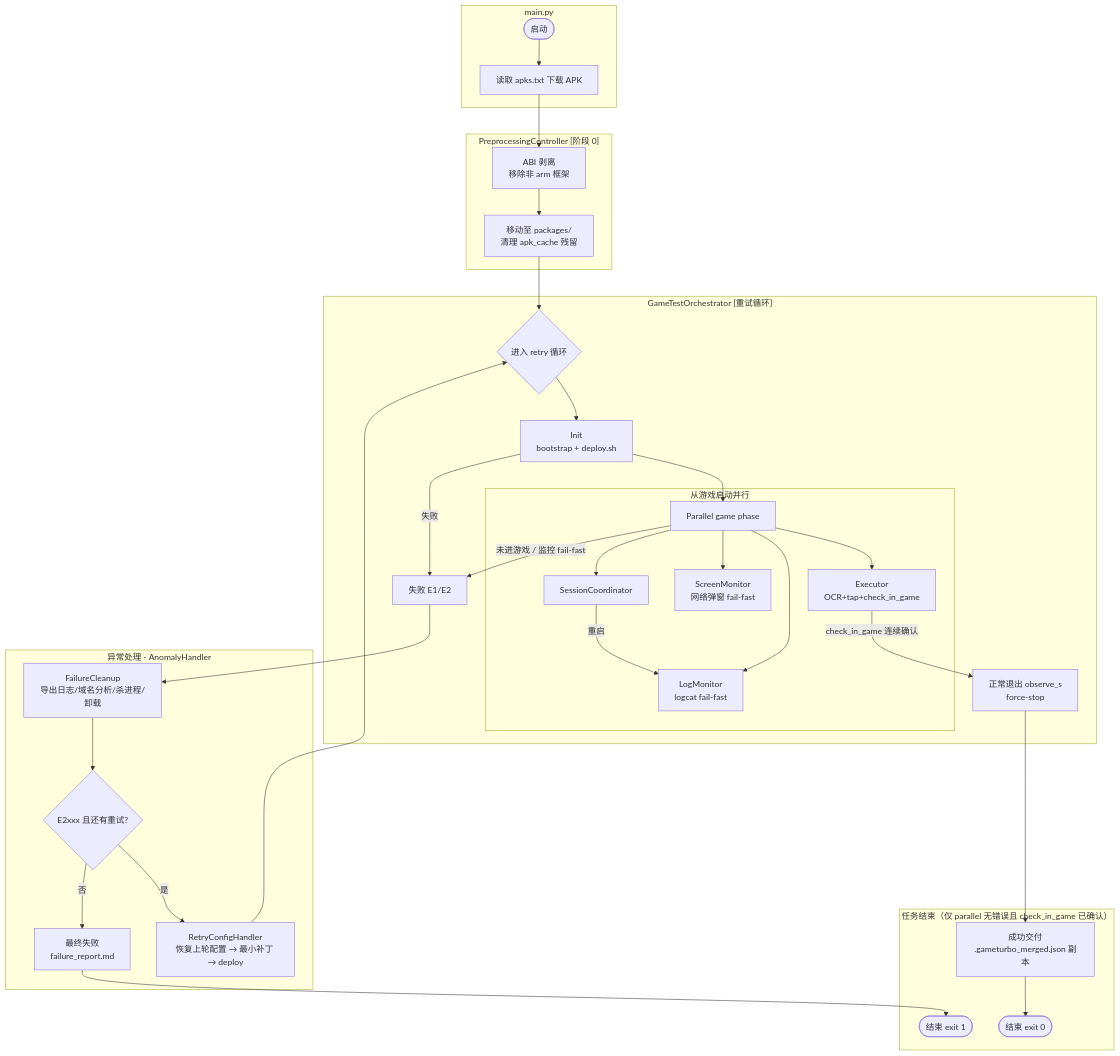
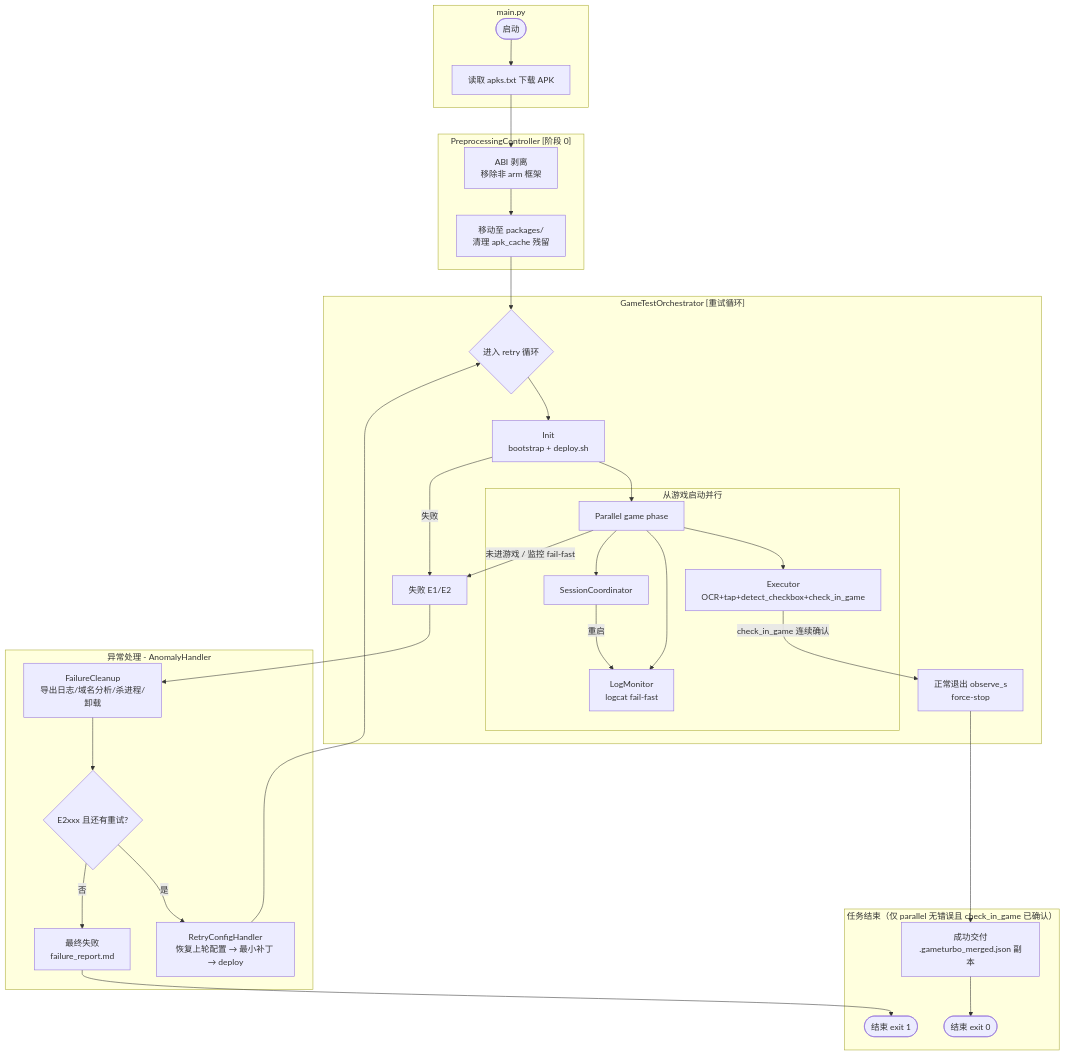
One commit to WartDipara/ai-test-workflow changed the first of 2 diagrams in README.md. Above: the diagram before and after it, drawn with Mermaid. The commit also changed other lines of this file and 30 other files, not shown here.

````diff
--- a/README.md
+++ b/README.md
@@ -21,44 +21,43 @@
 ```mermaid
 graph TD
   subgraph "main.py"
     START([启动]) --> PREPROCESSING
   end
 
   subgraph "PreprocessingController [阶段 0]"
     PREPROCESSING[读取 apks.txt 下载 APK]
     PREPROCESSING --> STRIP[ABI 剥离<br/>移除非 arm 框架]
     STRIP --> MOVE[移动至 packages/<br/>清理 apk_cache 残留]
   end
 
   subgraph "GameTestOrchestrator [重试循环]"
     MOVE --> RETRY_LOOP{进入 retry 循环}
     RETRY_LOOP --> INIT[Init<br/>bootstrap + deploy.sh]
     INIT --> PARALLEL[Parallel game phase]
 
     subgraph "从游戏启动并行"
-      PARALLEL --> EX[Executor<br/>OCR+tap+check_in_game]
+      PARALLEL --> EX[Executor<br/>OCR+tap+detect_checkbox+check_in_game]
       PARALLEL --> LM[LogMonitor<br/>logcat fail-fast]
-      PARALLEL --> SM[ScreenMonitor<br/>网络弹窗 fail-fast]
       PARALLEL --> SC[SessionCoordinator]
       SC -->|重启| LM
     end
 
     EX -->|check_in_game 连续确认| NORMAL_EXIT[正常退出 observe_s<br/>force-stop]
     PARALLEL -->|未进游戏 / 监控 fail-fast| FAILURE[失败 E1/E2]
     INIT -->|失败| FAILURE
   end
 
   subgraph "异常处理 - AnomalyHandler"
     FAILURE --> CLEANUP[FailureCleanup<br/>导出日志/域名分析/杀进程/卸载]
     CLEANUP --> RETRY{E2xxx 且还有重试?}
     RETRY -->|是| MODIFY[RetryConfigHandler<br/>恢复上轮配置 → 最小补丁 → deploy]
     MODIFY --> RETRY_LOOP
     RETRY -->|否| FINAL_FAIL[最终失败<br/>failure_report.md]
   end
 
   subgraph "任务结束（仅 parallel 无错误且 check_in_game 已确认）"
     NORMAL_EXIT --> SUCCESS[成功交付<br/>.gameturbo_merged.json 副本]
     SUCCESS --> END([结束 exit 0])
     FINAL_FAIL --> END_FAIL([结束 exit 1])
   end
 ```
````
